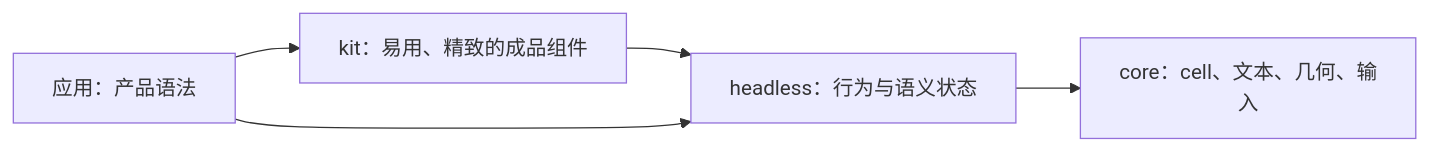
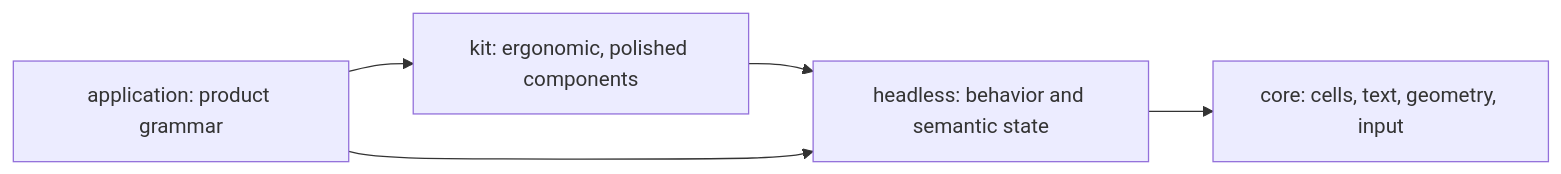
One commit to Tangerg/oolong changed the second of 3 diagrams in docs/architecture.zh-CN.md. Above: the diagram before and after it, drawn with Mermaid. The commit also changed other lines of this file and 3 other files, not shown here.

````diff
--- a/docs/architecture.zh-CN.md
+++ b/docs/architecture.zh-CN.md
@@ -187,10 +187,10 @@
 ```mermaid
 flowchart LR
-    Core["core：cell、文本、几何、输入"]
-    Headless["headless：行为与语义状态"]
-    Kit["kit：易用、精致的成品组件"]
-    App["应用：产品语法"]
+    Core["core: cells, text, geometry, input"]
+    Headless["headless: behavior and semantic state"]
+    Kit["kit: ergonomic, polished components"]
+    App["application: product grammar"]
 
     App --> Kit --> Headless --> Core
     App --> Headless
 ```
````
